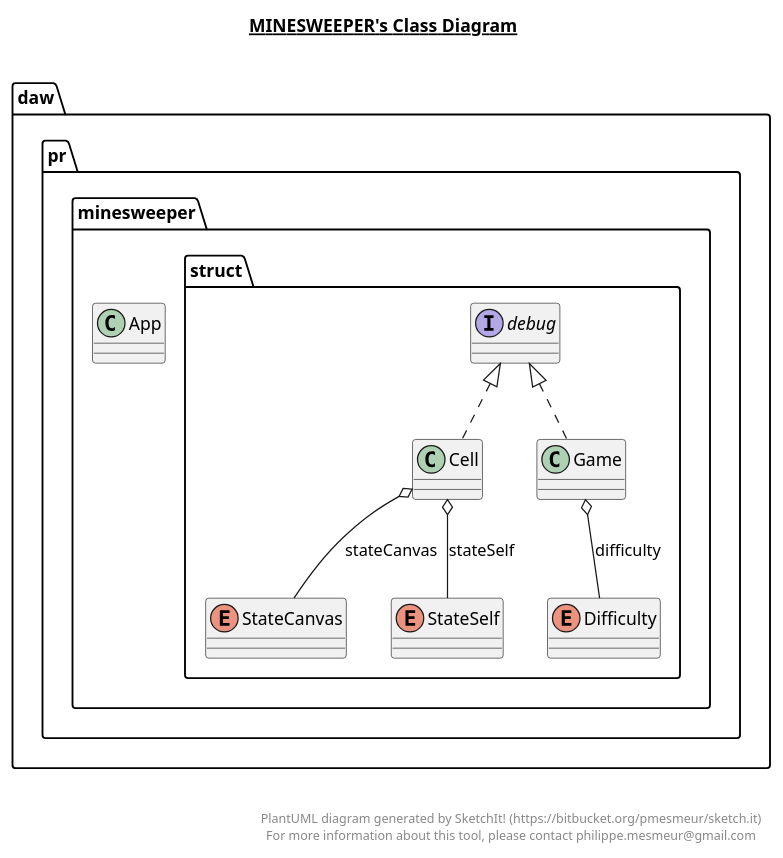
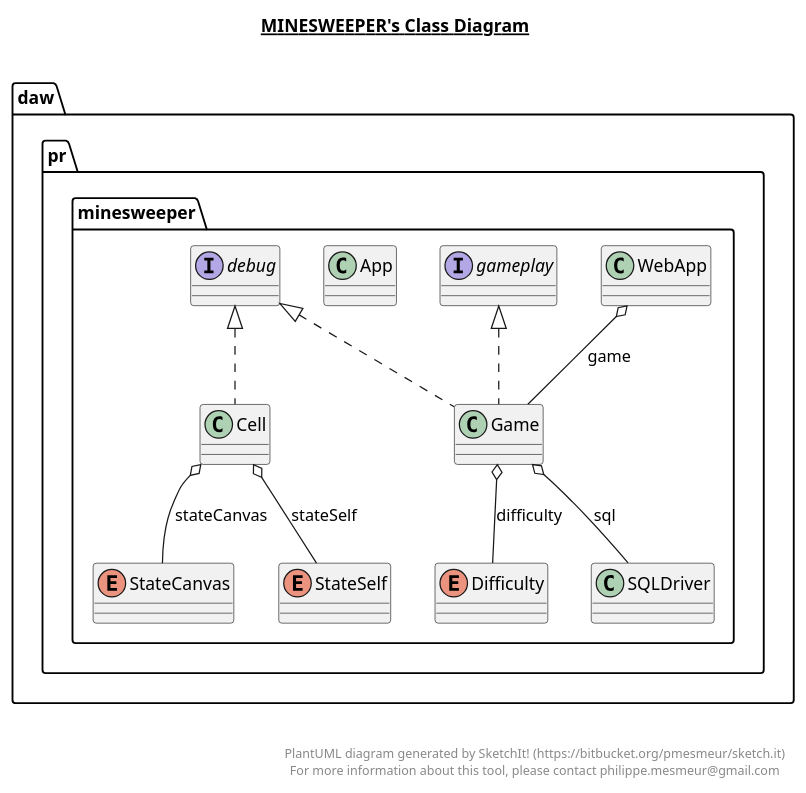
One commit to peseoane/minesweeper changed the diagram in minesweeper.plantuml. Above: the diagram before and after it, drawn with PlantUML. The commit also changed 15 other files, not shown here.

```diff
--- a/minesweeper.plantuml
+++ b/minesweeper.plantuml
@@ -1,87 +1,82 @@
 @startuml
 
 title __MINESWEEPER's Class Diagram__\n
 
-  namespace daw.pr {
-    namespace minesweeper {
-      class daw.pr.minesweeper.App {
-      }
+  namespace daw.pr.minesweeper {
+    class daw.pr.minesweeper.App {
     }
   }
   
 
-  namespace daw.pr {
-    namespace minesweeper {
-      namespace struct {
-        class daw.pr.minesweeper.struct.Cell {
-        }
-      }
+  namespace daw.pr.minesweeper {
+    class daw.pr.minesweeper.Cell {
     }
   }
   
 
-  namespace daw.pr {
-    namespace minesweeper {
-      namespace struct {
-        enum Difficulty {
-        }
-      }
+  namespace daw.pr.minesweeper {
+    enum Difficulty {
     }
   }
   
 
-  namespace daw.pr {
-    namespace minesweeper {
-      namespace struct {
-        class daw.pr.minesweeper.struct.Game {
-        }
-      }
+  namespace daw.pr.minesweeper {
+    class daw.pr.minesweeper.Game {
     }
   }
   
 
-  namespace daw.pr {
-    namespace minesweeper {
-      namespace struct {
-        enum StateCanvas {
-        }
-      }
+  namespace daw.pr.minesweeper {
+    class daw.pr.minesweeper.SQLDriver {
     }
   }
   
 
-  namespace daw.pr {
-    namespace minesweeper {
-      namespace struct {
-        enum StateSelf {
-        }
-      }
+  namespace daw.pr.minesweeper {
+    enum StateCanvas {
     }
   }
   
 
-  namespace daw.pr {
-    namespace minesweeper {
-      namespace struct {
-        interface daw.pr.minesweeper.struct.debug {
-        }
-      }
+  namespace daw.pr.minesweeper {
+    enum StateSelf {
     }
   }
   
 
-  daw.pr.minesweeper.struct.Cell .up.|> daw.pr.minesweeper.struct.debug
-  daw.pr.minesweeper.struct.Cell o-- daw.pr.minesweeper.struct.StateCanvas : stateCanvas
-  daw.pr.minesweeper.struct.Cell o-- daw.pr.minesweeper.struct.StateSelf : stateSelf
-  daw.pr.minesweeper.struct.Game .up.|> daw.pr.minesweeper.struct.debug
-  daw.pr.minesweeper.struct.Game o-- daw.pr.minesweeper.struct.Difficulty : difficulty
+  namespace daw.pr.minesweeper {
+    class daw.pr.minesweeper.WebApp {
+    }
+  }
+  
+
+  namespace daw.pr.minesweeper {
+    interface daw.pr.minesweeper.debug {
+    }
+  }
+  
+
+  namespace daw.pr.minesweeper {
+    interface daw.pr.minesweeper.gameplay {
+    }
+  }
+  
+
+  daw.pr.minesweeper.Cell .up.|> daw.pr.minesweeper.debug
+  daw.pr.minesweeper.Cell o-- daw.pr.minesweeper.StateCanvas : stateCanvas
+  daw.pr.minesweeper.Cell o-- daw.pr.minesweeper.StateSelf : stateSelf
+  daw.pr.minesweeper.Game .up.|> daw.pr.minesweeper.debug
+  daw.pr.minesweeper.Game .up.|> daw.pr.minesweeper.gameplay
+  daw.pr.minesweeper.Game o-- daw.pr.minesweeper.Difficulty : difficulty
+  daw.pr.minesweeper.Game o-- daw.pr.minesweeper.SQLDriver : sql
+  daw.pr.minesweeper.WebApp o-- daw.pr.minesweeper.Game : game
 
 
 right footer
 
 
 PlantUML diagram generated by SketchIt! (https://bitbucket.org/pmesmeur/sketch.it)
 For more information about this tool, please contact philippe.mesmeur@gmail.com
 endfooter
 
 @enduml
```
